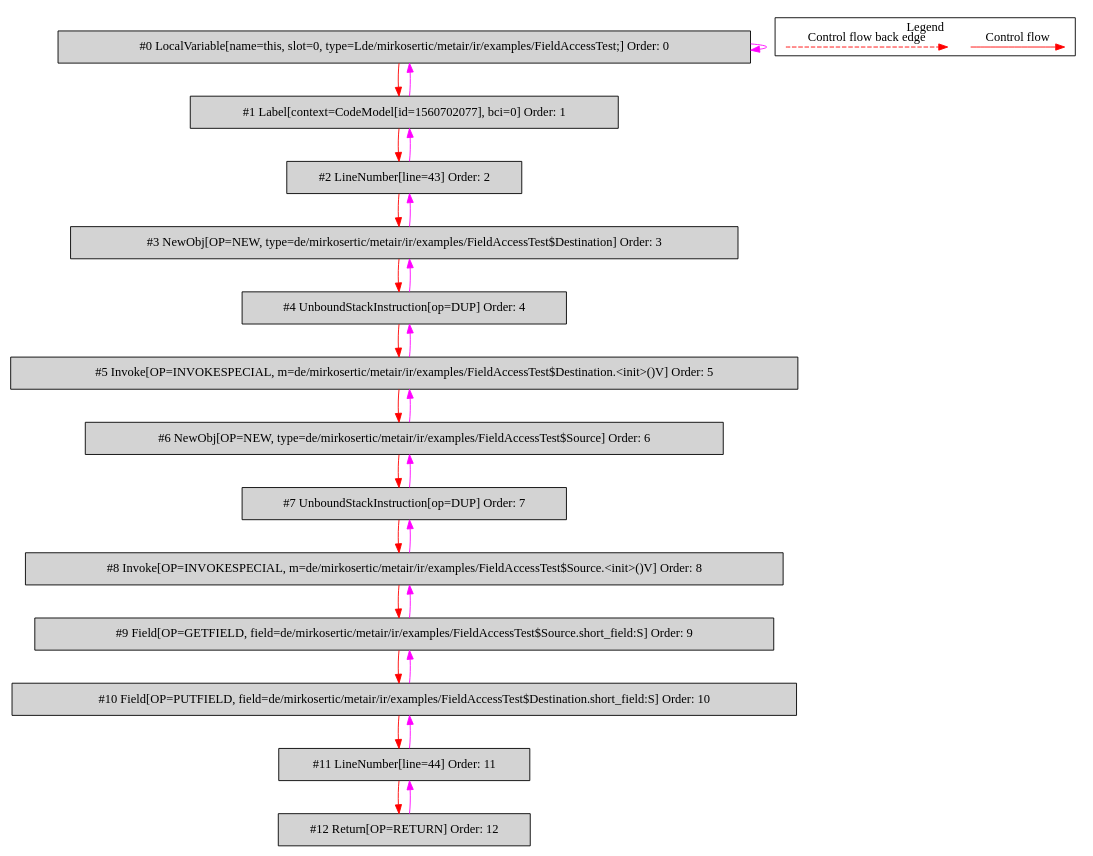
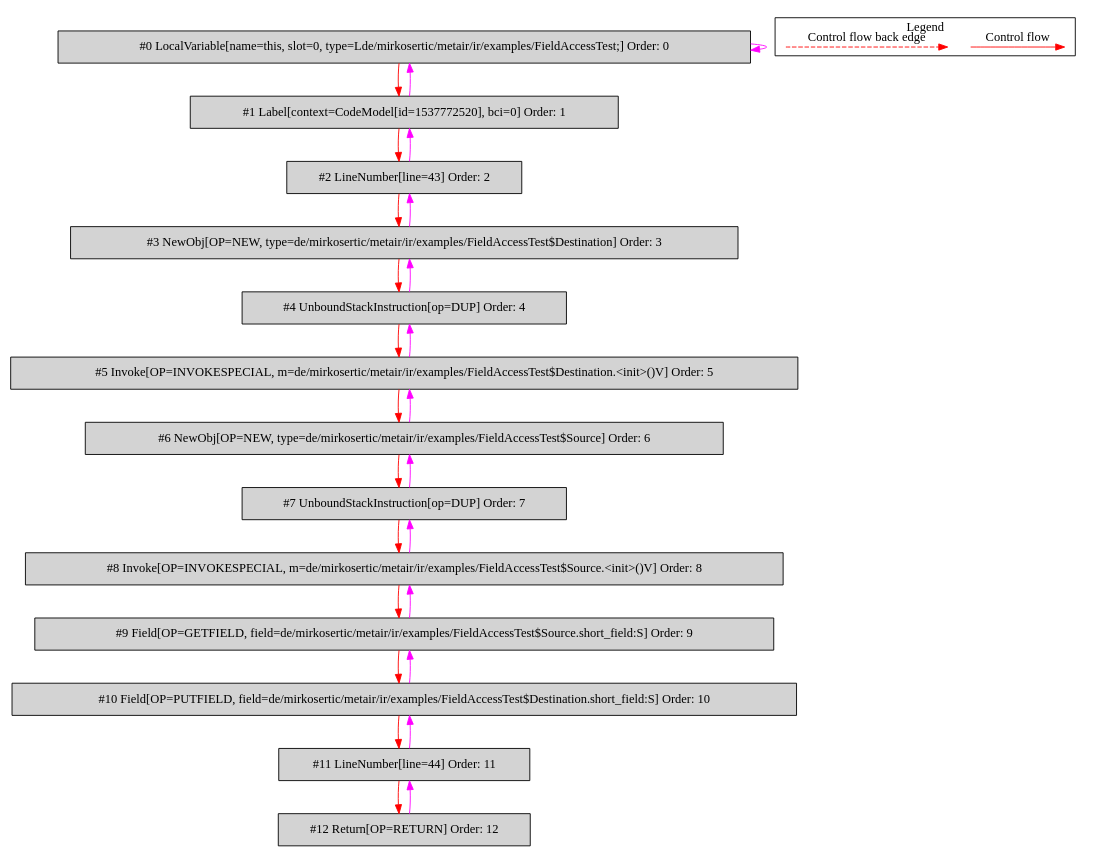
The diagram in de.mirkosertic.metair.ir.examples.FieldAccessTest/copy_short/bytecodecfg.dot (mirkosertic/MetaIR), drawn with Graphviz before and after one commit. The commit also changed 1222 other files, not shown here.

```diff
--- a/de.mirkosertic.metair.ir.examples.FieldAccessTest/copy_short/bytecodecfg.dot
+++ b/de.mirkosertic.metair.ir.examples.FieldAccessTest/copy_short/bytecodecfg.dot
@@ -1,55 +1,55 @@
 digraph {
  ordering="in";
  node0[label="#0 LocalVariable[name=this, slot=0, type=Lde/mirkosertic/metair/ir/examples/FieldAccessTest;] Order: 0", shape=box, fillcolor=lightgrey, style=filled];
- node1[label="#1 Label[context=CodeModel[id=1560702077], bci=0] Order: 1", shape=box, fillcolor=lightgrey, style=filled];
+ node1[label="#1 Label[context=CodeModel[id=1537772520], bci=0] Order: 1", shape=box, fillcolor=lightgrey, style=filled];
  node2[label="#2 LineNumber[line=43] Order: 2", shape=box, fillcolor=lightgrey, style=filled];
  node3[label="#3 NewObj[OP=NEW, type=de/mirkosertic/metair/ir/examples/FieldAccessTest$Destination] Order: 3", shape=box, fillcolor=lightgrey, style=filled];
  node4[label="#4 UnboundStackInstruction[op=DUP] Order: 4", shape=box, fillcolor=lightgrey, style=filled];
  node5[label="#5 Invoke[OP=INVOKESPECIAL, m=de/mirkosertic/metair/ir/examples/FieldAccessTest$Destination.<init>()V] Order: 5", shape=box, fillcolor=lightgrey, style=filled];
  node6[label="#6 NewObj[OP=NEW, type=de/mirkosertic/metair/ir/examples/FieldAccessTest$Source] Order: 6", shape=box, fillcolor=lightgrey, style=filled];
  node7[label="#7 UnboundStackInstruction[op=DUP] Order: 7", shape=box, fillcolor=lightgrey, style=filled];
  node8[label="#8 Invoke[OP=INVOKESPECIAL, m=de/mirkosertic/metair/ir/examples/FieldAccessTest$Source.<init>()V] Order: 8", shape=box, fillcolor=lightgrey, style=filled];
  node9[label="#9 Field[OP=GETFIELD, field=de/mirkosertic/metair/ir/examples/FieldAccessTest$Source.short_field:S] Order: 9", shape=box, fillcolor=lightgrey, style=filled];
  node10[label="#10 Field[OP=PUTFIELD, field=de/mirkosertic/metair/ir/examples/FieldAccessTest$Destination.short_field:S] Order: 10", shape=box, fillcolor=lightgrey, style=filled];
  node11[label="#11 LineNumber[line=44] Order: 11", shape=box, fillcolor=lightgrey, style=filled];
  node12[label="#12 Return[OP=RETURN] Order: 12", shape=box, fillcolor=lightgrey, style=filled];
  node0 -> node0[color=fuchsia];
  node0 -> node1[color=red];
  node1 -> node0[color=fuchsia];
  node1 -> node2[color=red];
  node2 -> node1[color=fuchsia];
  node2 -> node3[color=red];
  node3 -> node2[color=fuchsia];
  node3 -> node4[color=red];
  node4 -> node3[color=fuchsia];
  node4 -> node5[color=red];
  node5 -> node4[color=fuchsia];
  node5 -> node6[color=red];
  node6 -> node5[color=fuchsia];
  node6 -> node7[color=red];
  node7 -> node6[color=fuchsia];
  node7 -> node8[color=red];
  node8 -> node7[color=fuchsia];
  node8 -> node9[color=red];
  node9 -> node8[color=fuchsia];
  node9 -> node10[color=red];
  node10 -> node9[color=fuchsia];
  node10 -> node11[color=red];
  node11 -> node10[color=fuchsia];
  node11 -> node12[color=red];
  node12 -> node11[color=fuchsia];
  subgraph cluster_000 {
   label = "Legend";
   node [shape=point]
   {
    rank=same;
    c0 [style = invis];
    c1 [style = invis];
    c2 [style = invis];
    c3 [style = invis];
   }
   c0 -> c1 [label="Control flow", style=solid, color=red]
   c2 -> c3 [label="Control flow back edge", style=dashed, color=red]
  }
 
 }
```
